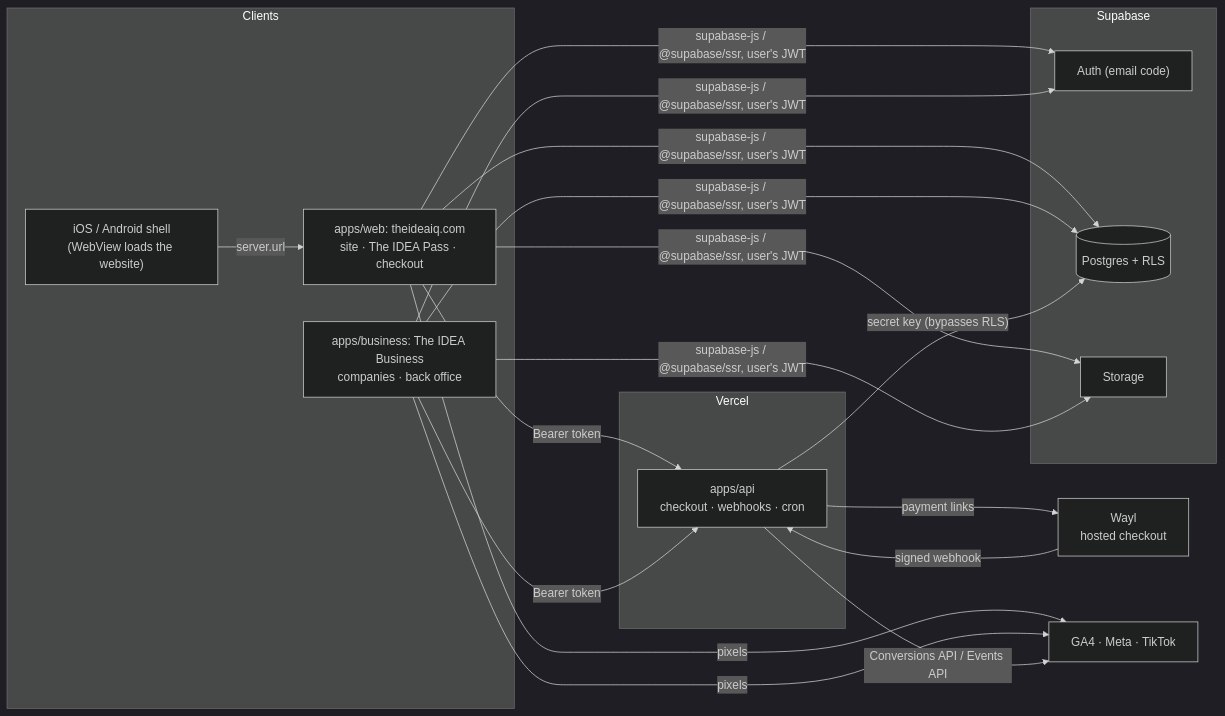
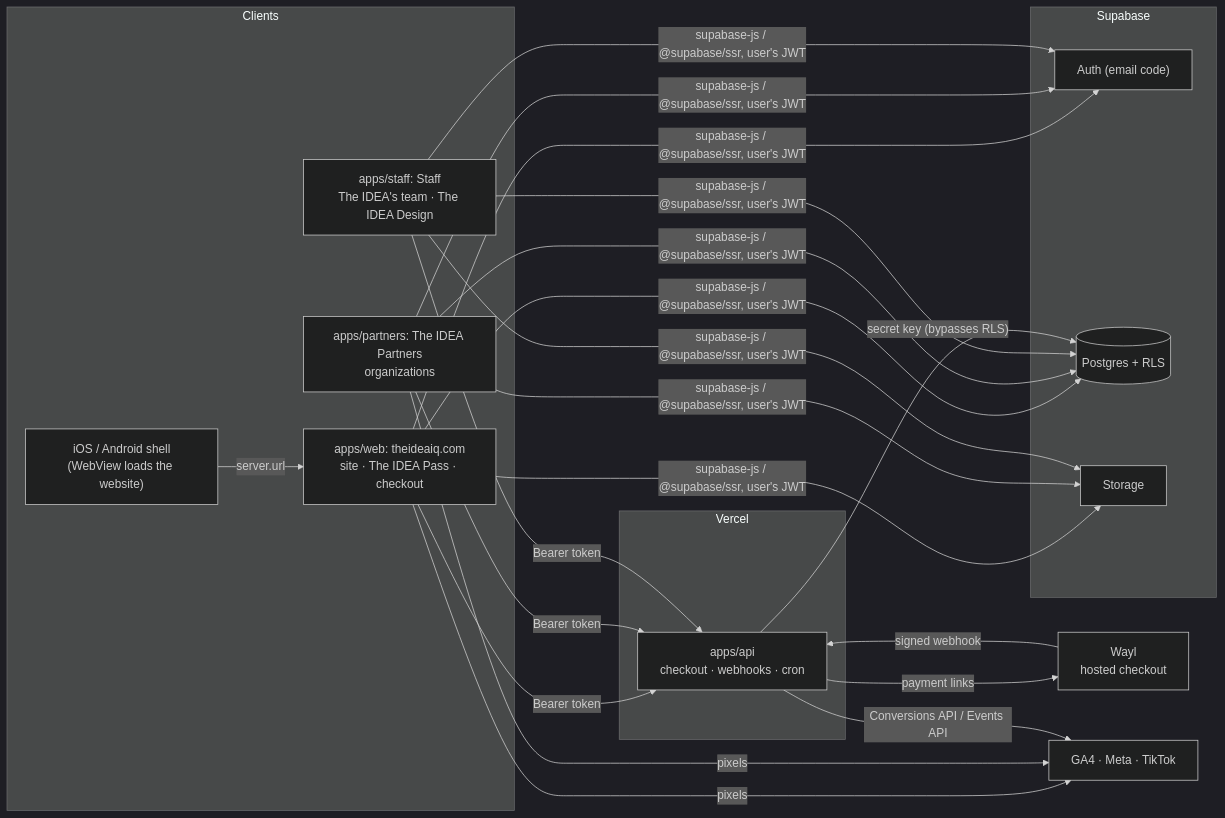
Before and after one commit to theideaiq/monorepo: the first of 2 diagrams in ARCHITECTURE_AND_INTEGRATIONS.md, drawn with Mermaid (dark theme). The commit also changed other lines of this file and 14 other files, not shown here.

First line of the commit message:
Docs and policies for The IDEA Partners and Staff

````diff
--- a/ARCHITECTURE_AND_INTEGRATIONS.md
+++ b/ARCHITECTURE_AND_INTEGRATIONS.md
@@ -24,27 +24,28 @@
 ```mermaid
 flowchart LR
   subgraph Clients
     W["apps/web: theideaiq.com<br/>site · The IDEA Pass · checkout"]
-    A["apps/business: The IDEA Business<br/>companies · back office"]
+    A["apps/partners: The IDEA Partners<br/>organizations"]
+    S["apps/staff: Staff<br/>The IDEA's team · The IDEA Design"]
     N["iOS / Android shell<br/>(WebView loads the website)"]
   end
   subgraph Server["Vercel"]
     API["apps/api<br/>checkout · webhooks · cron"]
   end
   subgraph Supabase
     AUTH["Auth (email code)"]
     DB[("Postgres + RLS")]
     ST["Storage"]
   end
   WAYL["Wayl<br/>hosted checkout"]
   ADS["GA4 · Meta · TikTok"]
 
   N -- "server.url" --> W
-  W & A -- "supabase-js / @supabase/ssr, user's JWT" --> AUTH & DB & ST
-  W & A -- "Bearer token" --> API
+  W & A & S -- "supabase-js / @supabase/ssr, user's JWT" --> AUTH & DB & ST
+  W & A & S -- "Bearer token" --> API
   API -- "secret key (bypasses RLS)" --> DB
   API -- "payment links" --> WAYL
   WAYL -- "signed webhook" --> API
   W & A -- "pixels" --> ADS
   API -- "Conversions API / Events API" --> ADS
 ```
````
